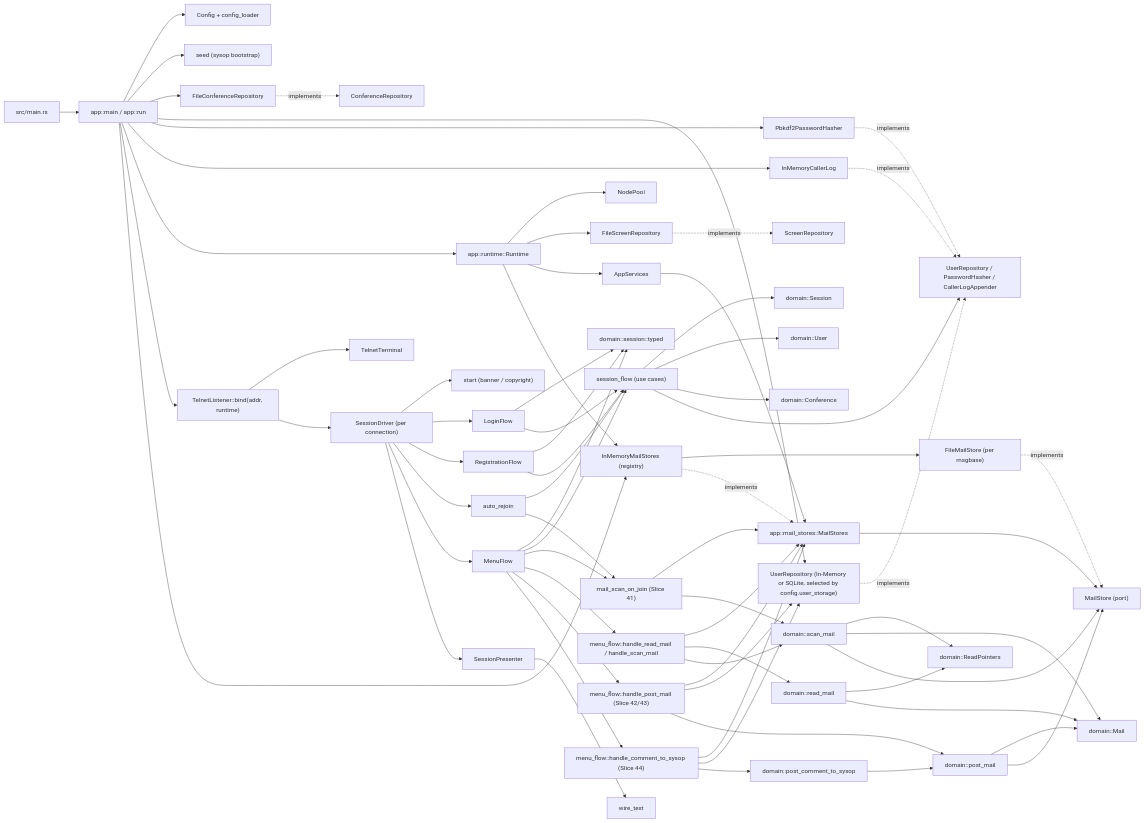
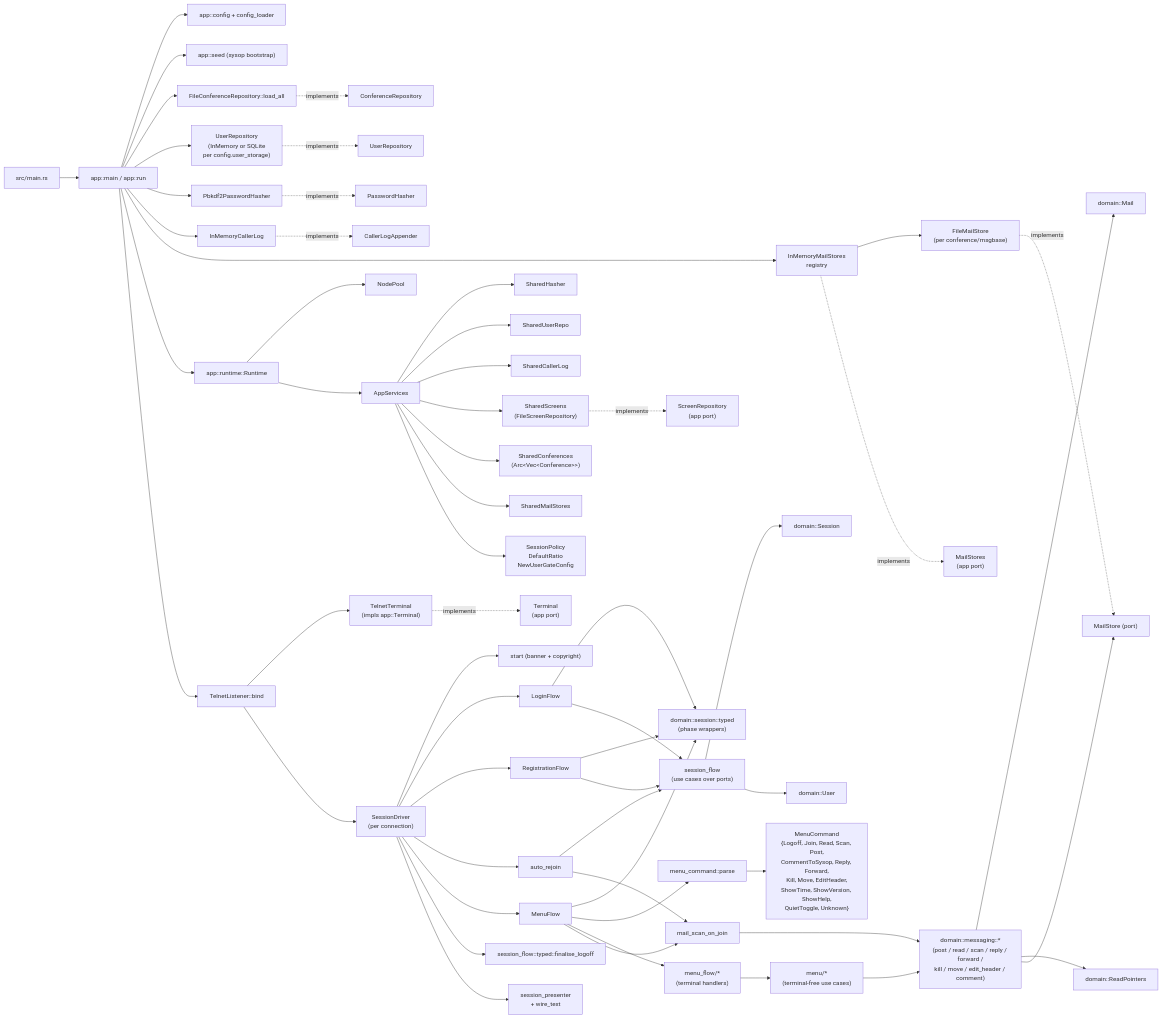
Before and after one commit to pingles/nextexpress: the diagram in SYSTEM.md, drawn with Mermaid. The commit also changed other lines of this file, not shown here.

````diff
--- a/SYSTEM.md
+++ b/SYSTEM.md
@@ -37,81 +72,69 @@
 ```mermaid
 flowchart LR
     Main["src/main.rs"] --> AppRun["app::main / app::run"]
 
-    AppRun --> Config["Config + config_loader"]
-    AppRun --> Seed["seed (sysop bootstrap)"]
-    AppRun --> ConfRepo["FileConferenceRepository"]
-    AppRun --> UserRepo["UserRepository (In-Memory or SQLite, selected by config.user_storage)"]
+    AppRun --> Config["app::config + config_loader"]
+    AppRun --> Seed["app::seed (sysop bootstrap)"]
+    AppRun --> ConfRepo["FileConferenceRepository::load_all"]
+    AppRun --> UserRepo["UserRepository\n(InMemory or SQLite\nper config.user_storage)"]
     AppRun --> Hasher["Pbkdf2PasswordHasher"]
     AppRun --> CallerLog["InMemoryCallerLog"]
+    AppRun --> MailRegistry["InMemoryMailStores\nregistry"]
+    MailRegistry --> FileMailStore["FileMailStore\n(per conference/msgbase)"]
+
     AppRun --> Runtime["app::runtime::Runtime"]
-
     Runtime --> NodePool["NodePool"]
-    Runtime --> Screens["FileScreenRepository"]
     Runtime --> Services["AppServices"]
 
-    AppRun --> Telnet["TelnetListener::bind(addr, runtime)"]
-    Telnet --> Terminal["TelnetTerminal"]
-    Telnet --> Driver["SessionDriver (per connection)"]
+    Services --> Sharedhasher["SharedHasher"]
+    Services --> SharedRepo["SharedUserRepo"]
+    Services --> SharedLog["SharedCallerLog"]
+    Services --> SharedScreens["SharedScreens\n(FileScreenRepository)"]
+    Services --> SharedConfs["SharedConferences\n(Arc&lt;Vec&lt;Conference&gt;&gt;)"]
+    Services --> SharedMail["SharedMailStores"]
+    Services --> Policy["SessionPolicy\nDefaultRatio\nNewUserGateConfig"]
 
-    Driver --> Start["start (banner / copyright)"]
+    AppRun --> Telnet["TelnetListener::bind"]
+    Telnet --> Terminal["TelnetTerminal\n(impls app::Terminal)"]
+    Telnet --> Driver["SessionDriver\n(per connection)"]
+
+    Driver --> Start["start (banner + copyright)"]
     Driver --> Login["LoginFlow"]
     Driver --> Registration["RegistrationFlow"]
     Driver --> AutoRejoin["auto_rejoin"]
     Driver --> Menu["MenuFlow"]
-    Driver --> Presenter["SessionPresenter"]
+    Driver --> Finalise["session_flow::typed::finalise_logoff"]
 
-    Login --> Typed["domain::session::typed"]
+    Login --> Typed["domain::session::typed\n(phase wrappers)"]
     Registration --> Typed
     Menu --> Typed
-    Login --> Flow["session_flow (use cases)"]
-    Registration --> Flow
-    Menu --> Flow
-    AutoRejoin --> Flow
-    Presenter --> WireText["wire_text"]
+    Login --> SF["session_flow\n(use cases over ports)"]
+    Registration --> SF
+    AutoRejoin --> SF
+    Driver --> Presenter["session_presenter\n+ wire_text"]
 
-    AppRun --> MailRegistry["InMemoryMailStores (registry)"]
-    MailRegistry --> FileMailStore["FileMailStore (per msgbase)"]
-    Runtime --> MailRegistry
-    Services --> MailStoresPort["app::mail_stores::MailStores"]
-    MailStoresPort --> MailPort["MailStore (port)"]
+    Menu --> Parse["menu_command::parse"]
+    Parse --> Cmds["MenuCommand\n{Logoff, Join, Read, Scan, Post,\nCommentToSysop, Reply, Forward,\nKill, Move, EditHeader,\nShowTime, ShowVersion, ShowHelp,\nQuietToggle, Unknown}"]
+    Menu --> MenuFlowHandlers["menu_flow/*\n(terminal handlers)"]
+    MenuFlowHandlers --> MenuUseCases["menu/*\n(terminal-free use cases)"]
 
-    AutoRejoin --> ScanOnJoin["mail_scan_on_join (Slice 41)"]
+    MenuUseCases --> Rules["domain::messaging::*\n(post / read / scan / reply / forward /\nkill / move / edit_header / comment)"]
+    AutoRejoin --> ScanOnJoin["mail_scan_on_join"]
     Menu --> ScanOnJoin
-    Menu --> ReadHandler["menu_flow::handle_read_mail / handle_scan_mail"]
-    Menu --> PostHandler["menu_flow::handle_post_mail (Slice 42/43)"]
-    Menu --> CommentHandler["menu_flow::handle_comment_to_sysop (Slice 44)"]
-    ReadHandler --> MailStoresPort
-    ScanOnJoin --> MailStoresPort
-    PostHandler --> MailStoresPort
-    PostHandler --> UserRepo
-    CommentHandler --> MailStoresPort
-    CommentHandler --> UserRepo
-    ReadHandler --> ReadMailRule["domain::read_mail"]
-    ReadHandler --> ScanMailRule["domain::scan_mail"]
-    ScanOnJoin --> ScanMailRule
-    PostHandler --> PostMailRule["domain::post_mail"]
-    CommentHandler --> CommentRule["domain::post_comment_to_sysop"]
-    CommentRule --> PostMailRule
-    PostMailRule --> Mail
-    PostMailRule --> MailPort
+    ScanOnJoin --> Rules
 
-    Flow --> DomainSession["domain::Session"]
-    Flow --> DomainUser["domain::User"]
-    Flow --> DomainConference["domain::Conference"]
-    Flow --> Ports["UserRepository / PasswordHasher / CallerLogAppender"]
-    ReadMailRule --> Pointers["domain::ReadPointers"]
-    ReadMailRule --> Mail["domain::Mail"]
-    ScanMailRule --> Pointers
-    ScanMailRule --> Mail
-    ScanMailRule --> MailPort
+    Rules --> Mail["domain::Mail"]
+    Rules --> Pointers["domain::ReadPointers"]
+    Rules --> MailPort["MailStore (port)"]
+    SF --> DomainSession["domain::Session"]
+    SF --> DomainUser["domain::User"]
 
     ConfRepo -.implements.-> ConfPort["ConferenceRepository"]
-    UserRepo -.implements.-> Ports
-    Hasher -.implements.-> Ports
-    CallerLog -.implements.-> Ports
-    Screens -.implements.-> ScreenPort["ScreenRepository"]
-
-    MailRegistry -.implements.-> MailStoresPort
+    UserRepo -.implements.-> UserPort["UserRepository"]
+    Hasher -.implements.-> HasherPort["PasswordHasher"]
+    CallerLog -.implements.-> LogPort["CallerLogAppender"]
+    SharedScreens -.implements.-> ScreenPort["ScreenRepository\n(app port)"]
+    MailRegistry -.implements.-> MailRegistryPort["MailStores\n(app port)"]
     FileMailStore -.implements.-> MailPort
+    Terminal -.implements.-> TermPort["Terminal\n(app port)"]
 ```
````
